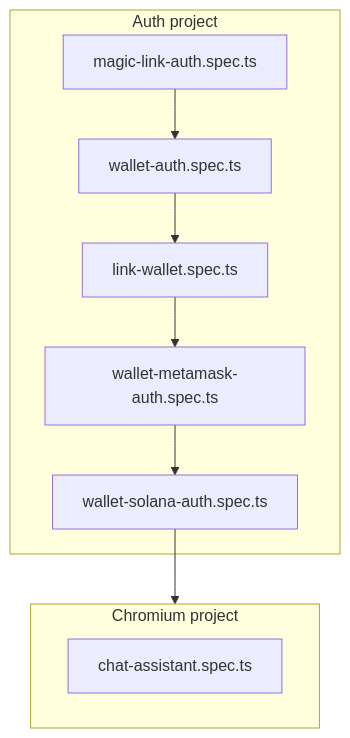
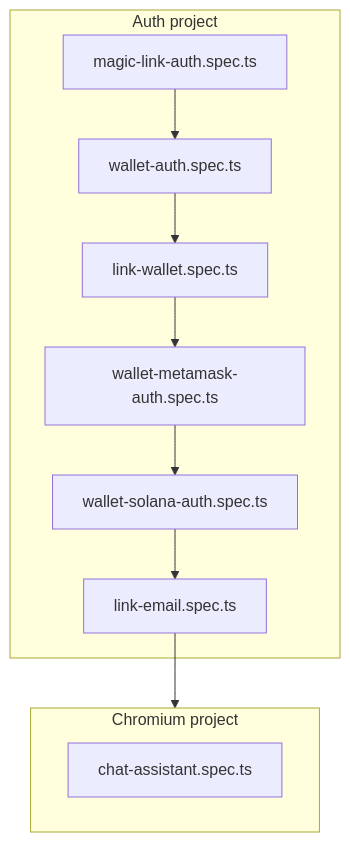
One commit to blockmatic/basilic changed the diagram in apps/docu/content/docs/testing/e2e-testing.mdx. Above: the diagram before and after it, drawn with Mermaid. The commit also changed other lines of this file and 10 other files, not shown here.

First line of the commit message:
e2e: restore link-email tests with wallet login

````diff
--- a/apps/docu/content/docs/testing/e2e-testing.mdx
+++ b/apps/docu/content/docs/testing/e2e-testing.mdx
@@ -102,16 +103,17 @@
 ```mermaid
 flowchart TB
   subgraph AuthProj [Auth project]
     MagicLinkAuth[magic-link-auth.spec.ts]
     WalletAuth[wallet-auth.spec.ts]
     LinkWallet[link-wallet.spec.ts]
     WalletMetaMask[wallet-metamask-auth.spec.ts]
     WalletSolana[wallet-solana-auth.spec.ts]
+    LinkEmail[link-email.spec.ts]
   end
 
   subgraph ChromiumProj [Chromium project]
     ChatAssistant[chat-assistant.spec.ts]
   end
 
-  MagicLinkAuth --> WalletAuth --> LinkWallet --> WalletMetaMask --> WalletSolana --> ChromiumProj
+  MagicLinkAuth --> WalletAuth --> LinkWallet --> WalletMetaMask --> WalletSolana --> LinkEmail --> ChromiumProj
 ```
````
